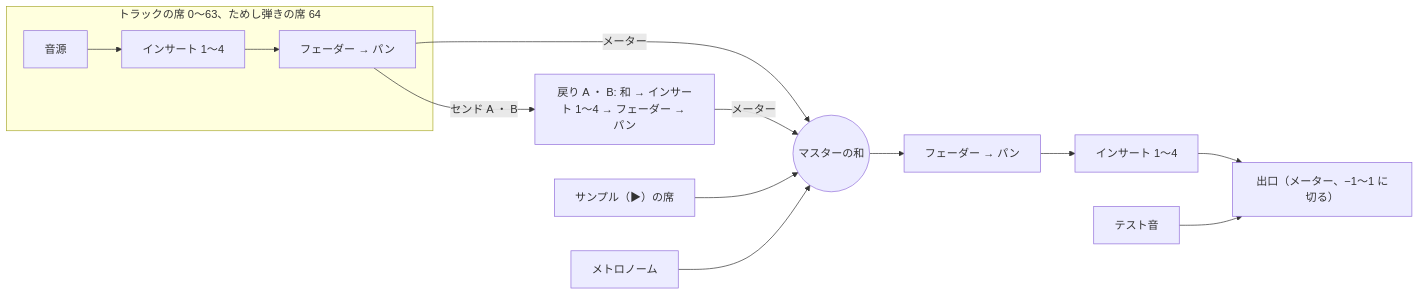
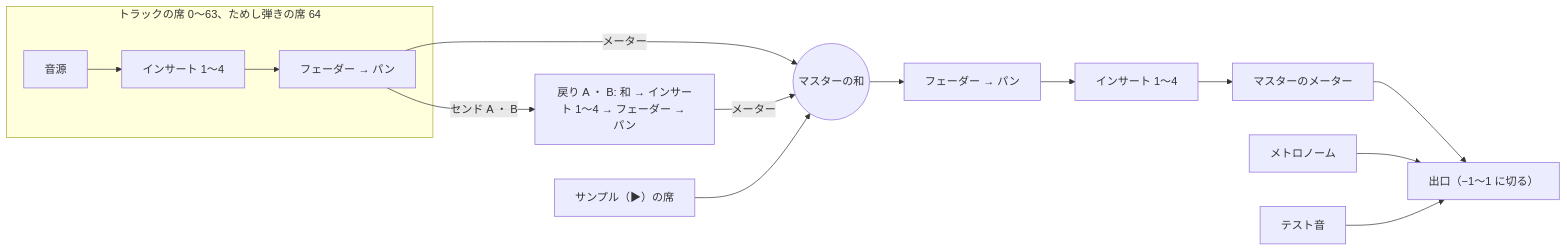
One commit to wintermaples/meloet changed the second of 2 diagrams in docs/architecture.md. Above: the diagram before and after it, drawn with Mermaid. The commit also changed other lines of this file and 3 other files, not shown here.

````diff
--- a/docs/architecture.md
+++ b/docs/architecture.md
@@ -678,13 +678,13 @@
 ```mermaid
 flowchart LR
   subgraph T["トラックの席 0〜63、ためし弾きの席 64"]
     I["音源"] --> TI["インサート 1〜4"] --> TF["フェーダー → パン"]
   end
   TF -- "メーター" --> M0(("マスターの和"))
   TF -- "センド A ・ B" --> RA["戻り A ・ B: 和 → インサート 1〜4 → フェーダー → パン"]
   RA -- "メーター" --> M0
   S["サンプル（▶）の席"] --> M0
-  K["メトロノーム"] --> M0
-  M0 --> MF["フェーダー → パン"] --> MI["インサート 1〜4"] --> O["出口（メーター、−1〜1 に切る）"]
+  M0 --> MF["フェーダー → パン"] --> MI["インサート 1〜4"] --> MM["マスターのメーター"] --> O["出口（−1〜1 に切る）"]
+  K["メトロノーム"] --> O
   TT["テスト音"] --> O
 ```
````
